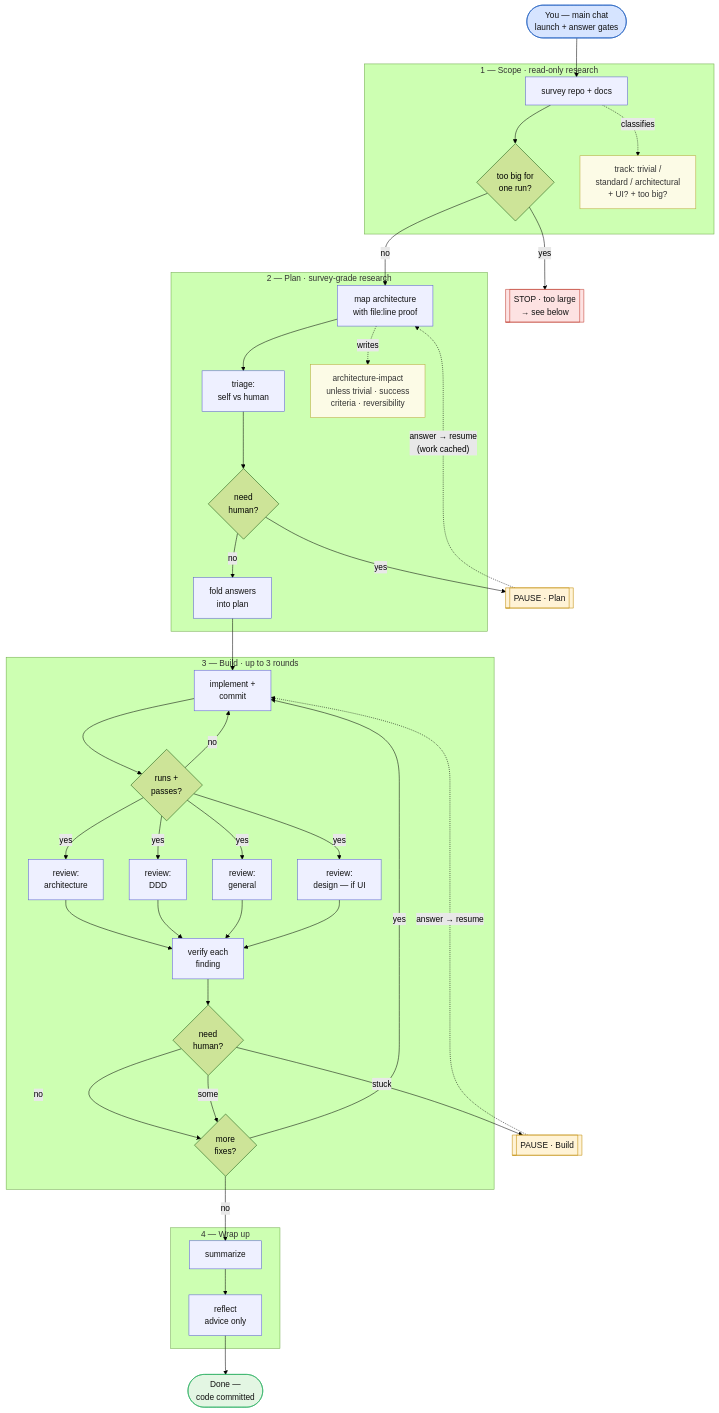
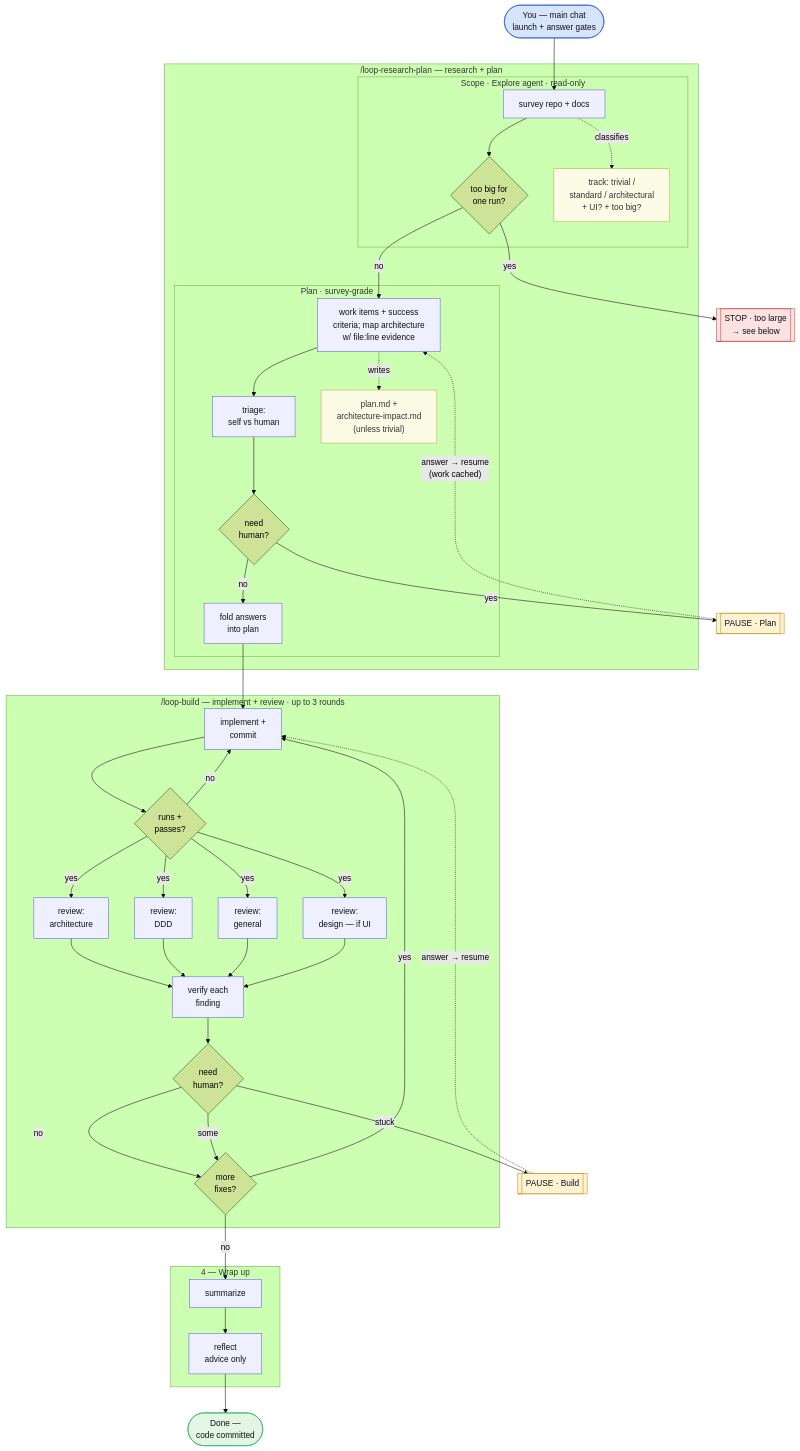
One commit to superliaye/my-agent-kits changed the second of 3 diagrams in .apm/skills/loop-full-swe/FLOW.md. Above: the diagram before and after it, drawn with Mermaid (forest theme). The commit also changed other lines of this file and 1 other file, not shown here.

Commit message:
docs(loop-full-swe): add engine ADR; rework FLOW.md philosophy, visual legend, and stage grouping

````diff
--- a/.apm/skills/loop-full-swe/FLOW.md
+++ b/.apm/skills/loop-full-swe/FLOW.md
@@ -13,55 +39,56 @@
 ```mermaid
 flowchart TD
     Main([" You — main chat<br/>launch + answer gates "]):::main --> Scope
 
-    subgraph P0 ["1 — Scope · read-only research"]
+    subgraph S1 ["/loop-research-plan — research + plan"]
+      subgraph P0 ["Scope · Explore agent · read-only"]
         Scope["survey repo + docs"]:::agent --> TL{"too big for<br/>one run?"}
         Scope -. classifies .-> SF["track: trivial /<br/>standard / architectural<br/>+ UI? + too big?"]:::note
+      end
+      subgraph P1 ["Plan · survey-grade"]
+        Plan["work items + success<br/>criteria; map architecture<br/>w/ file:line evidence"]:::agent --> Digest
+        Plan -. writes .-> AF["plan.md +<br/>architecture-impact.md<br/>(unless trivial)"]:::note
+        Digest["triage:<br/>self vs human"]:::agent --> NeedH{"need<br/>human?"}
+        NeedH -->|no| Bake["fold answers<br/>into plan"]:::agent
+      end
+      TL -->|no| Plan
     end
     TL -->|yes| GDist
-
-    subgraph P1 ["2 — Plan · survey-grade research"]
-        Plan["map architecture<br/>with file:line proof"]:::agent --> Digest
-        Plan -. writes .-> AF["architecture-impact<br/>unless trivial · success<br/>criteria · reversibility"]:::note
-        Digest["triage:<br/>self vs human"]:::agent --> NeedH{"need<br/>human?"}
-        NeedH -->|no| Bake["fold answers<br/>into plan"]:::agent
-    end
-    TL -->|no| Plan
     NeedH -->|yes| GPlan
 
-    subgraph P2 ["3 — Build · up to 3 rounds"]
+    subgraph S2 ["/loop-build — implement + review · up to 3 rounds"]
         Impl["implement +<br/>commit"]:::agent --> Val{"runs +<br/>passes?"}
         Val -->|no| Impl
         Val -->|yes| Ra & Rd & Rg & Ro
         Ra["review:<br/>architecture"]:::agent --> Vfy
         Rd["review:<br/>DDD"]:::agent --> Vfy
         Rg["review:<br/>general"]:::agent --> Vfy
         Ro["review:<br/>design — if UI"]:::agent --> Vfy
         Vfy["verify each<br/>finding"]:::agent --> HasH{"need<br/>human?"}
         HasH -->|no| More{"more<br/>fixes?"}
         HasH -->|some| More
         More -->|yes| Impl
     end
     Bake --> Impl
     HasH -->|stuck| GBuild
 
     subgraph P3 ["4 — Wrap up"]
         Sum["summarize"]:::agent --> Retro["reflect<br/>advice only"]:::agent
     end
     More -->|no| Sum
     Retro --> GDone([" Done —<br/>code committed "]):::done
 
     GPlan[["PAUSE · Plan"]]:::pause
     GBuild[["PAUSE · Build"]]:::pause
     GDist[["STOP · too large<br/>→ see below"]]:::stop
 
     GPlan -. "answer → resume<br/>(work cached)" .-> Plan
     GBuild -. "answer → resume" .-> Impl
 
     classDef main fill:#d6e4ff,stroke:#1f5fbf,color:#111;
     classDef agent fill:#eef0ff,stroke:#5b5bd6,color:#111;
     classDef note fill:#fcfbe6,stroke:#b8a93a,color:#333;
     classDef pause fill:#fff3d6,stroke:#c08a00,color:#111;
     classDef stop fill:#fde2e2,stroke:#c0392b,color:#111;
     classDef done fill:#e3f6e3,stroke:#27ae60,color:#111;
 ```
````
